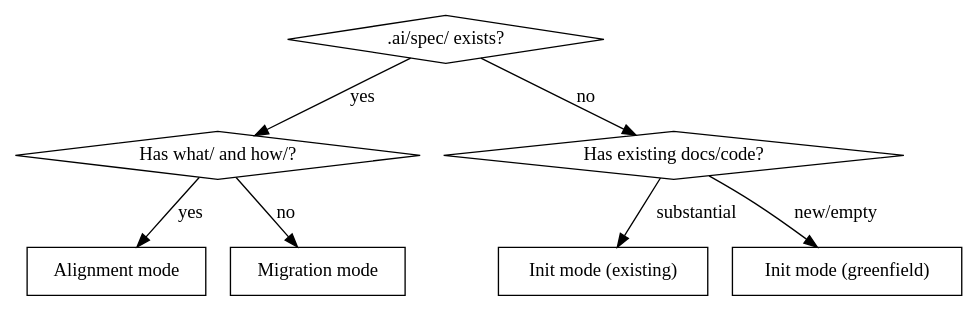
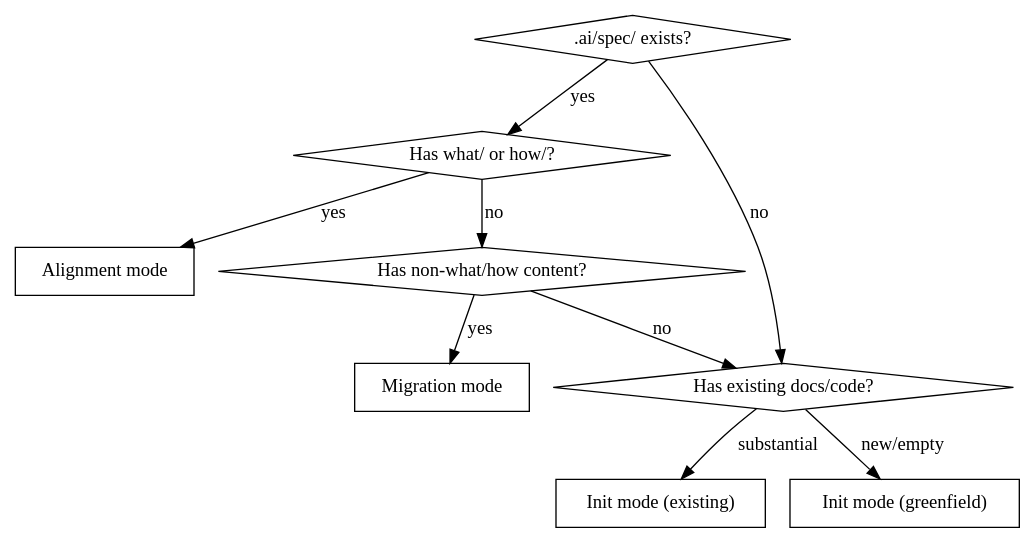
The diagram in skills/init/SKILL.md (joshuawilson/spec-first), drawn with Graphviz before and after one commit. The commit also changed other lines of this file, not shown here.

````diff
--- a/skills/init/SKILL.md
+++ b/skills/init/SKILL.md
@@ -37,18 +51,21 @@
 ```dot
 digraph mode {
     ".ai/spec/ exists?" [shape=diamond];
-    "Has what/ and how/?" [shape=diamond];
+    "Has what/ or how/?" [shape=diamond];
+    "Has non-what/how content?" [shape=diamond];
     "Has existing docs/code?" [shape=diamond];
     "Alignment mode" [shape=box];
     "Migration mode" [shape=box];
     "Init mode (existing)" [shape=box];
     "Init mode (greenfield)" [shape=box];
 
-    ".ai/spec/ exists?" -> "Has what/ and how/?" [label="yes"];
+    ".ai/spec/ exists?" -> "Has what/ or how/?" [label="yes"];
     ".ai/spec/ exists?" -> "Has existing docs/code?" [label="no"];
-    "Has what/ and how/?" -> "Alignment mode" [label="yes"];
-    "Has what/ and how/?" -> "Migration mode" [label="no"];
+    "Has what/ or how/?" -> "Alignment mode" [label="yes"];
+    "Has what/ or how/?" -> "Has non-what/how content?" [label="no"];
+    "Has non-what/how content?" -> "Migration mode" [label="yes"];
+    "Has non-what/how content?" -> "Has existing docs/code?" [label="no"];
     "Has existing docs/code?" -> "Init mode (existing)" [label="substantial"];
     "Has existing docs/code?" -> "Init mode (greenfield)" [label="new/empty"];
 }
 ```
````
